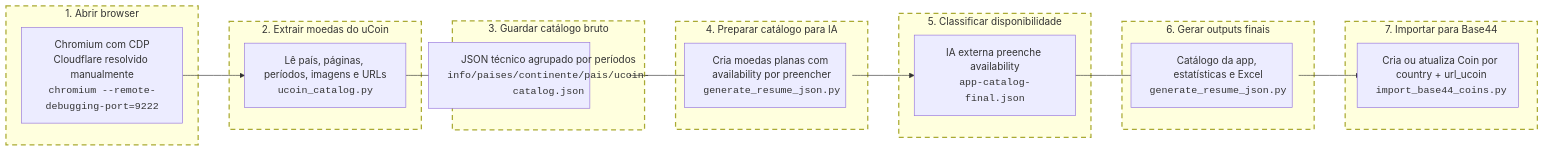
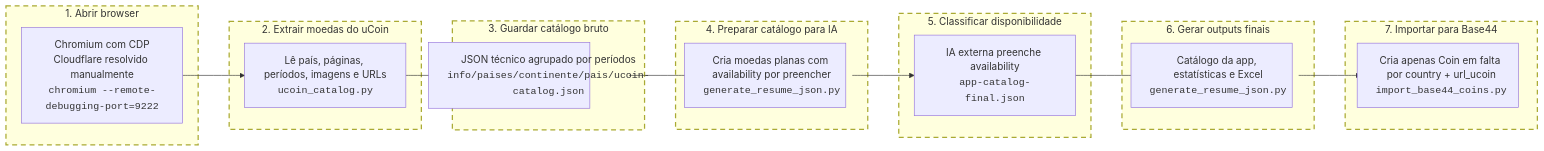
One commit to Domandrenog/info_to_my_site changed the diagram in README.md. Above: the diagram before and after it, drawn with Mermaid. The commit also changed other lines of this file and 2 other files, not shown here.

Commit message:
Make normal coin imports create-only

````diff
--- a/README.md
+++ b/README.md
@@ -46,47 +46,47 @@
 ```mermaid
 flowchart LR
 	subgraph S1["1. Abrir browser"]
 		A["Chromium com CDP<br/>Cloudflare resolvido manualmente<br/><code>chromium --remote-debugging-port=9222</code>"]
 	end
 
 	subgraph S2["2. Extrair moedas do uCoin"]
 		B["Lê país, páginas, períodos, imagens e URLs<br/><code>ucoin_catalog.py</code>"]
 	end
 
 	subgraph S3["3. Guardar catálogo bruto"]
 		C["JSON técnico agrupado por períodos<br/><code>info/paises/continente/pais/ucoin-catalog.json</code>"]
 	end
 
 	subgraph S4["4. Preparar catálogo para IA"]
 		D["Cria moedas planas com availability por preencher<br/><code>generate_resume_json.py</code>"]
 	end
 
 	subgraph S5["5. Classificar disponibilidade"]
 		E["IA externa preenche availability<br/><code>app-catalog-final.json</code>"]
 	end
 
 	subgraph S6["6. Gerar outputs finais"]
 		F["Catálogo da app, estatísticas e Excel<br/><code>generate_resume_json.py</code>"]
 	end
 
 	subgraph S7["7. Importar para Base44"]
-		G["Cria ou atualiza Coin por country + url_ucoin<br/><code>import_base44_coins.py</code>"]
+		G["Cria apenas Coin em falta por country + url_ucoin<br/><code>import_base44_coins.py</code>"]
 	end
 
 	A --> B --> C --> D --> E --> F --> G
 
 	style S1 stroke-dasharray: 8 6,stroke-width:2px
 	style S2 stroke-dasharray: 8 6,stroke-width:2px
 	style S3 stroke-dasharray: 8 6,stroke-width:2px
 	style S4 stroke-dasharray: 8 6,stroke-width:2px
 	style S5 stroke-dasharray: 8 6,stroke-width:2px
 	style S6 stroke-dasharray: 8 6,stroke-width:2px
 	style S7 stroke-dasharray: 8 6,stroke-width:2px
 	style A width:260px,max-width:260px,min-height:95px
 	style B width:260px,max-width:260px,min-height:95px
 	style C width:260px,max-width:260px,min-height:95px
 	style D width:260px,max-width:260px,min-height:95px
 	style E width:260px,max-width:260px,min-height:95px
 	style F width:260px,max-width:260px,min-height:95px
 	style G width:260px,max-width:260px,min-height:95px
 ```
````
